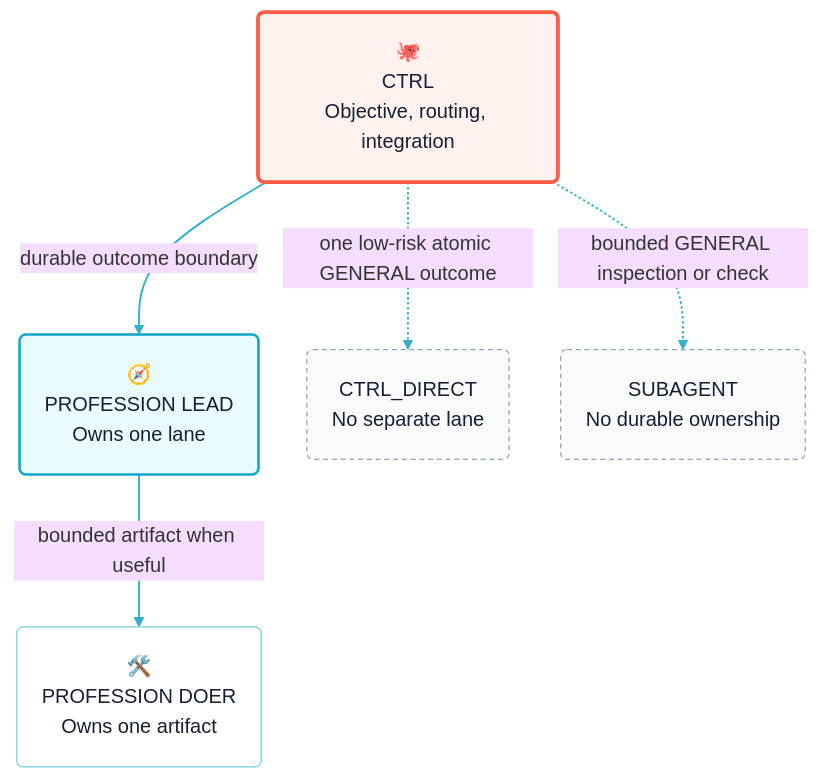
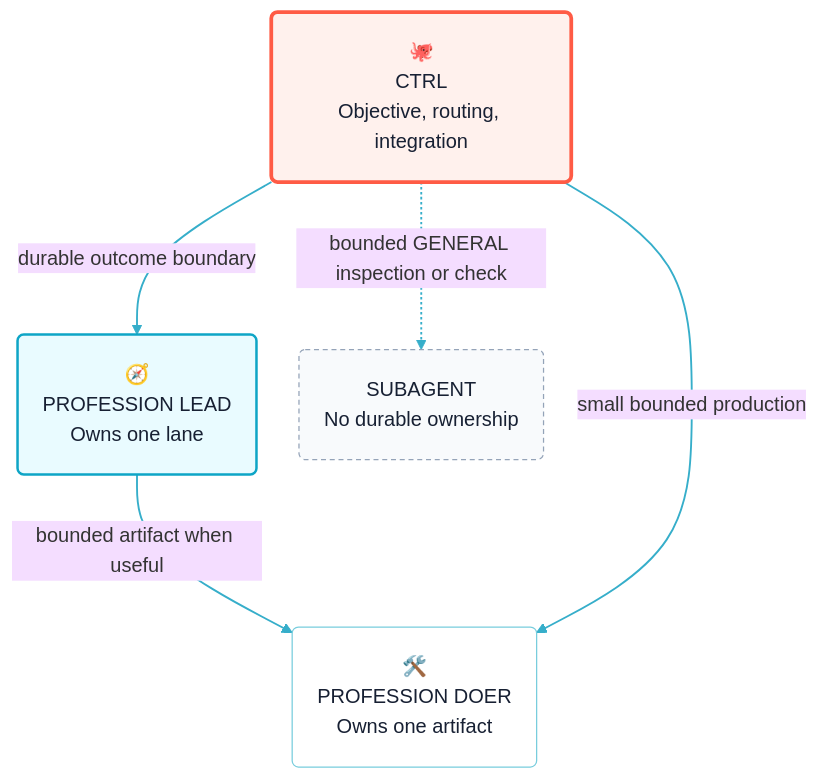
Before and after one commit to flowwweb/swarm: the diagram in README.md, drawn with Mermaid. The commit also changed other lines of this file and 85 other files, not shown here.

````diff
--- a/README.md
+++ b/README.md
@@ -30,19 +30,19 @@
 ```mermaid
 %%{init: {"theme":"base","themeVariables":{"lineColor":"#36aeca"},"flowchart":{"nodeSpacing":34,"rankSpacing":74,"curve":"basis","padding":20}}}%%
 flowchart TB
   C("🐙<br/>CTRL<br/>Objective, routing, integration")
   C -->|durable outcome boundary| L("🧭<br/>PROFESSION LEAD<br/>Owns one lane")
   L -->|bounded artifact when useful| D("🛠️<br/>PROFESSION DOER<br/>Owns one artifact")
-  C -.->|one low-risk atomic GENERAL outcome| X("CTRL_DIRECT<br/>No separate lane")
+  C -->|small bounded production| D
   C -.->|bounded GENERAL inspection or check| S("SUBAGENT<br/>No durable ownership")
 
   classDef ctrl fill:#fff1ed,stroke:#ff5b45,color:#172033,stroke-width:3px;
   classDef lead fill:#e9fbff,stroke:#0ea5c6,color:#172033,stroke-width:2px;
   classDef doer fill:#ffffff,stroke:#78cddd,color:#172033,stroke-width:1px;
   classDef internal fill:#f8fafc,stroke:#94a3b8,color:#172033,stroke-width:1px,stroke-dasharray:4 3;
   class C ctrl;
   class L lead;
   class D doer;
-  class X,S internal;
+  class S internal;
   linkStyle default stroke:#36aeca,stroke-width:1.5px;
 ```
````
